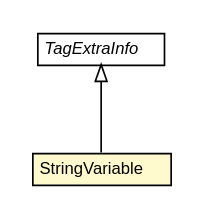
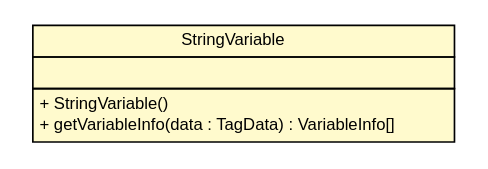
One commit to B3Partners/brmo changed the diagram in brmo-taglib/apidocs/nl/b3p/web/jsp/StringVariable.dot. Above: the diagram before and after it, drawn with Graphviz. The commit also changed 6415 other files, not shown here.

```diff
--- a/brmo-taglib/apidocs/nl/b3p/web/jsp/StringVariable.dot
+++ b/brmo-taglib/apidocs/nl/b3p/web/jsp/StringVariable.dot
@@ -1,26 +1,25 @@
 #!/usr/local/bin/dot
 #
 # Class diagram 
 # Generated by UMLGraph version R5_6-24-gf6e263 (http://www.umlgraph.org/)
 #
 
 digraph G {
 	edge [fontname="Helvetica",fontsize=10,labelfontname="Helvetica",labelfontsize=10];
 	node [fontname="Helvetica",fontsize=10,shape=plaintext];
 	nodesep=0.25;
 	ranksep=0.5;
 	// nl.b3p.web.jsp.StringVariable
-	c36 [label=<<table title="nl.b3p.web.jsp.StringVariable" border="0" cellborder="1" cellspacing="0" cellpadding="2" port="p" bgcolor="lemonChiffon" href="./StringVariable.html">
+	c33 [label=<<table title="nl.b3p.web.jsp.StringVariable" border="0" cellborder="1" cellspacing="0" cellpadding="2" port="p" bgcolor="lemonChiffon" href="./StringVariable.html">
 		<tr><td><table border="0" cellspacing="0" cellpadding="1">
 <tr><td align="center" balign="center"> StringVariable </td></tr>
 		</table></td></tr>
+		<tr><td><table border="0" cellspacing="0" cellpadding="1">
+<tr><td align="left" balign="left">  </td></tr>
+		</table></td></tr>
+		<tr><td><table border="0" cellspacing="0" cellpadding="1">
+<tr><td align="left" balign="left"> + StringVariable() </td></tr>
+<tr><td align="left" balign="left"> + getVariableInfo(data : TagData) : VariableInfo[] </td></tr>
+		</table></td></tr>
 		</table>>, URL="./StringVariable.html", fontname="Helvetica", fontcolor="black", fontsize=10.0];
-	//nl.b3p.web.jsp.StringVariable extends javax.servlet.jsp.tagext.TagExtraInfo
-	c38:p -> c36:p [dir=back,arrowtail=empty];
-	// javax.servlet.jsp.tagext.TagExtraInfo
-	c38 [label=<<table title="javax.servlet.jsp.tagext.TagExtraInfo" border="0" cellborder="1" cellspacing="0" cellpadding="2" port="p" href="https://docs.oracle.com/javaee/7/api/javax/servlet/jsp/tagext/TagExtraInfo.html">
-		<tr><td><table border="0" cellspacing="0" cellpadding="1">
-<tr><td align="center" balign="center"><font face="Helvetica-Oblique"> TagExtraInfo </font></td></tr>
-		</table></td></tr>
-		</table>>, URL="https://docs.oracle.com/javaee/7/api/javax/servlet/jsp/tagext/TagExtraInfo.html", fontname="Helvetica", fontcolor="black", fontsize=10.0];
 }
```
